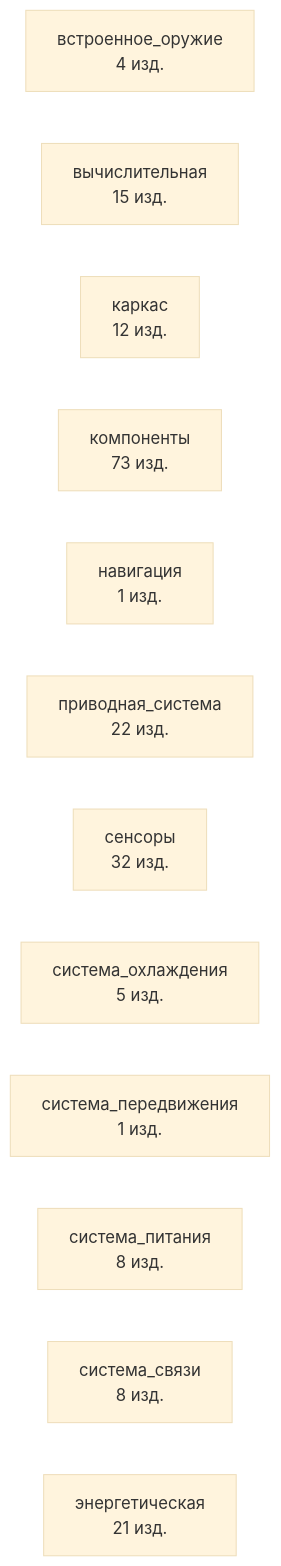
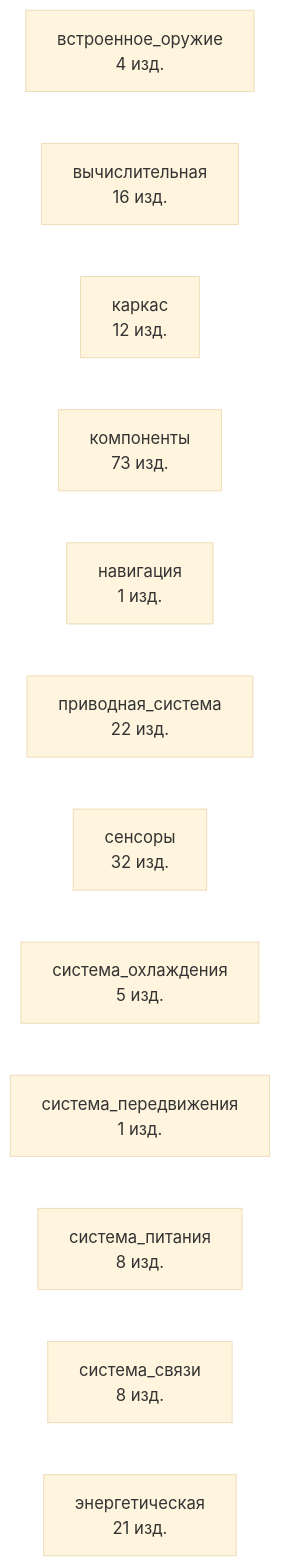
The diagram in graphs/mermaid/graph1_overview.md (a-m-e-n-t-e-t/SkyNet), drawn with Mermaid (base theme) before and after one commit. The commit also changed other lines of this file and 409 other files, not shown here.

````diff
--- a/graphs/mermaid/graph1_overview.md
+++ b/graphs/mermaid/graph1_overview.md
@@ -3,15 +3,15 @@
 ```mermaid
 graph LR
     sub_встроенное_оружие[встроенное_оружие<br/>4 изд.]
-    sub_вычислительная[вычислительная<br/>15 изд.]
+    sub_вычислительная[вычислительная<br/>16 изд.]
     sub_каркас[каркас<br/>12 изд.]
     sub_компоненты[компоненты<br/>73 изд.]
     sub_навигация[навигация<br/>1 изд.]
     sub_приводная_система[приводная_система<br/>22 изд.]
     sub_сенсоры[сенсоры<br/>32 изд.]
     sub_система_охлаждения[система_охлаждения<br/>5 изд.]
     sub_система_передвижения[система_передвижения<br/>1 изд.]
     sub_система_питания[система_питания<br/>8 изд.]
     sub_система_связи[система_связи<br/>8 изд.]
     sub_энергетическая[энергетическая<br/>21 изд.]
 ```
````
